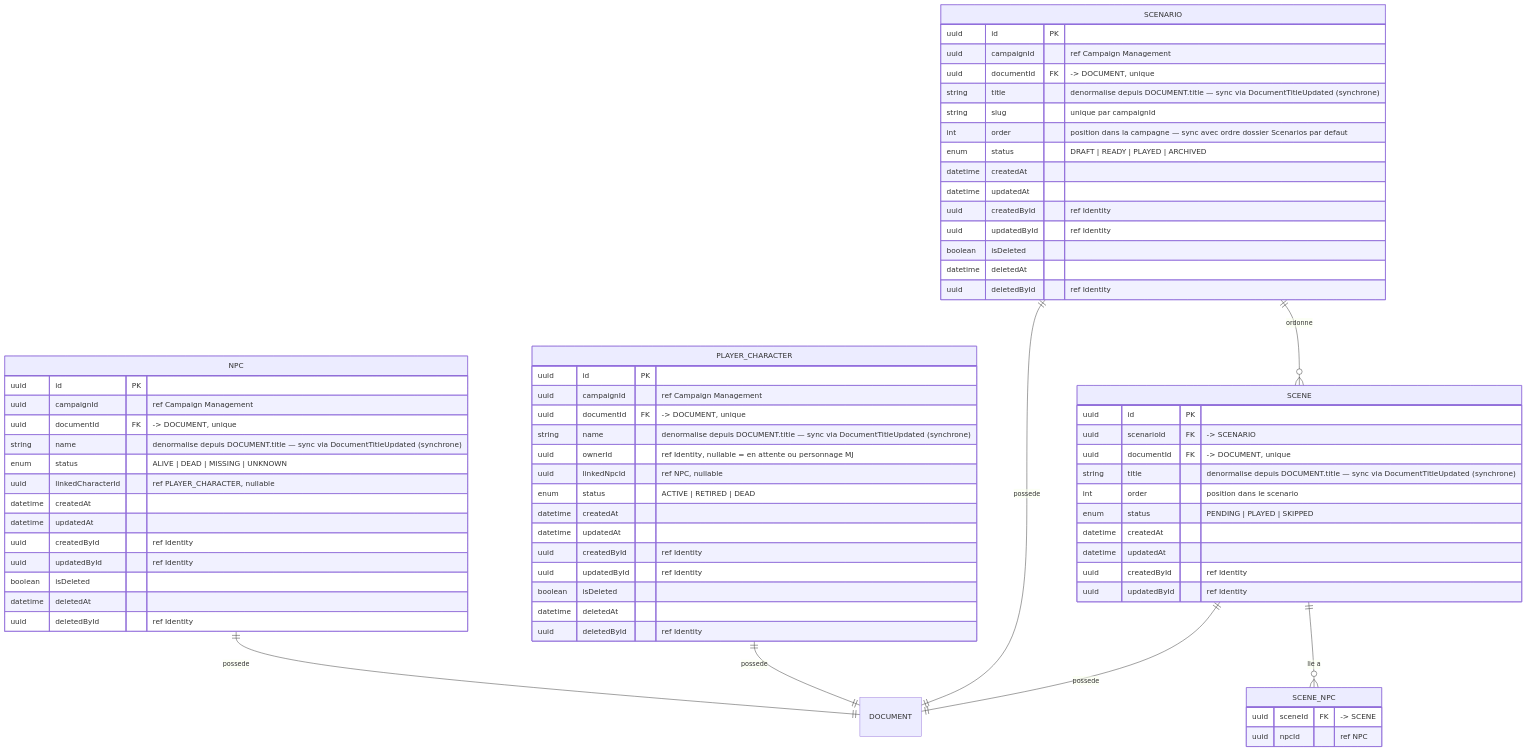
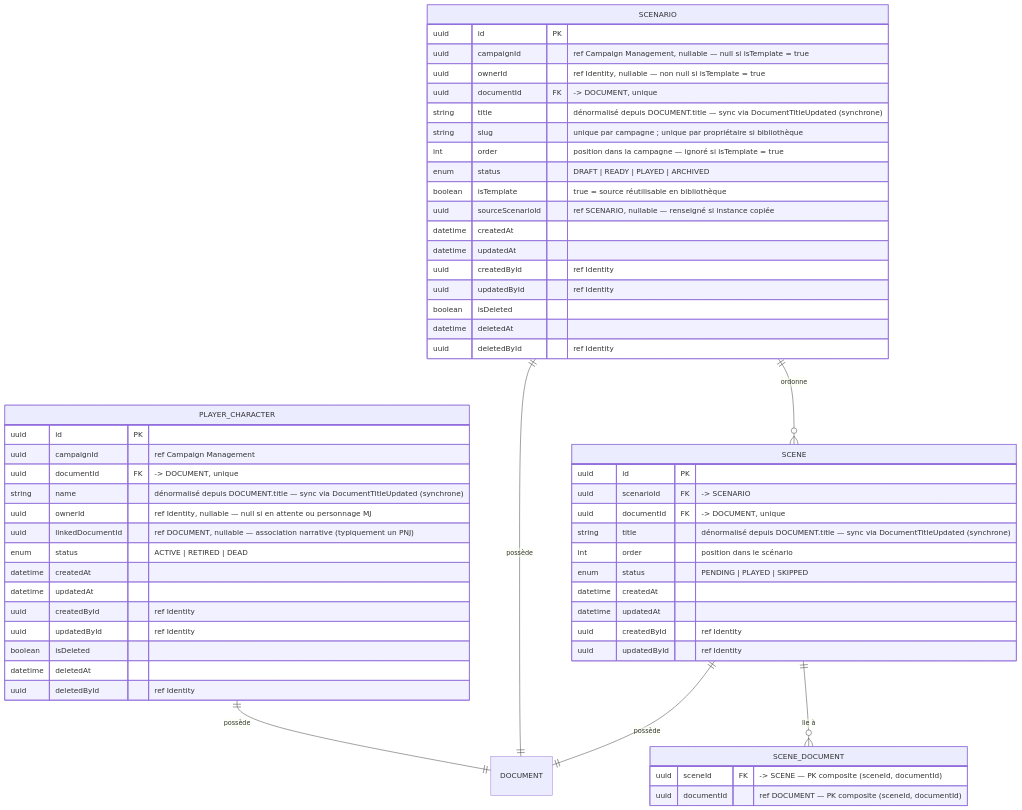
Before and after one commit to 2025-10-CDA-ECO-P6/PM-micro-saas: the third of 3 diagrams in docs/conception/data/content-library.md, drawn with Mermaid. The commit also changed other lines of this file and 102 other files, not shown here.

Commit message:
docs: update data and class diagrams to align with domain refactoring

````diff
--- a/docs/conception/data/content-library.md
+++ b/docs/conception/data/content-library.md
@@ -159,72 +213,59 @@
 ```mermaid
 erDiagram
-    NPC {
-        uuid id PK
-        uuid campaignId "ref Campaign Management"
-        uuid documentId FK "-> DOCUMENT, unique"
-        string name "denormalise depuis DOCUMENT.title — sync via DocumentTitleUpdated (synchrone)"
-        enum status "ALIVE | DEAD | MISSING | UNKNOWN"
-        uuid linkedCharacterId "ref PLAYER_CHARACTER, nullable"
-        datetime createdAt
-        datetime updatedAt
-        uuid createdById "ref Identity"
-        uuid updatedById "ref Identity"
-        boolean isDeleted
-        datetime deletedAt
-        uuid deletedById "ref Identity"
-    }
     PLAYER_CHARACTER {
         uuid id PK
         uuid campaignId "ref Campaign Management"
         uuid documentId FK "-> DOCUMENT, unique"
-        string name "denormalise depuis DOCUMENT.title — sync via DocumentTitleUpdated (synchrone)"
-        uuid ownerId "ref Identity, nullable = en attente ou personnage MJ"
-        uuid linkedNpcId "ref NPC, nullable"
+        string name "dénormalisé depuis DOCUMENT.title — sync via DocumentTitleUpdated (synchrone)"
+        uuid ownerId "ref Identity, nullable — null si en attente ou personnage MJ"
+        uuid linkedDocumentId "ref DOCUMENT, nullable — association narrative (typiquement un PNJ)"
         enum status "ACTIVE | RETIRED | DEAD"
         datetime createdAt
         datetime updatedAt
         uuid createdById "ref Identity"
         uuid updatedById "ref Identity"
         boolean isDeleted
         datetime deletedAt
         uuid deletedById "ref Identity"
     }
     SCENARIO {
         uuid id PK
-        uuid campaignId "ref Campaign Management"
+        uuid campaignId "ref Campaign Management, nullable — null si isTemplate = true"
+        uuid ownerId "ref Identity, nullable — non null si isTemplate = true"
         uuid documentId FK "-> DOCUMENT, unique"
-        string title "denormalise depuis DOCUMENT.title — sync via DocumentTitleUpdated (synchrone)"
-        string slug "unique par campaignId"
-        int order "position dans la campagne — sync avec ordre dossier Scenarios par defaut"
+        string title "dénormalisé depuis DOCUMENT.title — sync via DocumentTitleUpdated (synchrone)"
+        string slug "unique par campagne ; unique par propriétaire si bibliothèque"
+        int order "position dans la campagne — ignoré si isTemplate = true"
         enum status "DRAFT | READY | PLAYED | ARCHIVED"
+        boolean isTemplate "true = source réutilisable en bibliothèque"
+        uuid sourceScenarioId "ref SCENARIO, nullable — renseigné si instance copiée"
         datetime createdAt
         datetime updatedAt
         uuid createdById "ref Identity"
         uuid updatedById "ref Identity"
         boolean isDeleted
         datetime deletedAt
         uuid deletedById "ref Identity"
     }
     SCENE {
         uuid id PK
         uuid scenarioId FK "-> SCENARIO"
         uuid documentId FK "-> DOCUMENT, unique"
-        string title "denormalise depuis DOCUMENT.title — sync via DocumentTitleUpdated (synchrone)"
-        int order "position dans le scenario"
+        string title "dénormalisé depuis DOCUMENT.title — sync via DocumentTitleUpdated (synchrone)"
+        int order "position dans le scénario"
         enum status "PENDING | PLAYED | SKIPPED"
         datetime createdAt
         datetime updatedAt
         uuid createdById "ref Identity"
         uuid updatedById "ref Identity"
     }
-    SCENE_NPC {
-        uuid sceneId FK "-> SCENE"
-        uuid npcId "ref NPC"
+    SCENE_DOCUMENT {
+        uuid sceneId FK "-> SCENE — PK composite (sceneId, documentId)"
+        uuid documentId "ref DOCUMENT — PK composite (sceneId, documentId)"
     }
-    NPC ||--|| DOCUMENT : "possede"
-    PLAYER_CHARACTER ||--|| DOCUMENT : "possede"
-    SCENARIO ||--|| DOCUMENT : "possede"
+    PLAYER_CHARACTER ||--|| DOCUMENT : "possède"
+    SCENARIO ||--|| DOCUMENT : "possède"
     SCENARIO ||--o{ SCENE : "ordonne"
-    SCENE ||--|| DOCUMENT : "possede"
-    SCENE ||--o{ SCENE_NPC : "lie a"
+    SCENE ||--|| DOCUMENT : "possède"
+    SCENE ||--o{ SCENE_DOCUMENT : "lie à"
 ```
````
